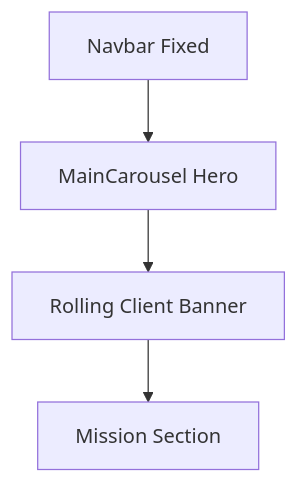
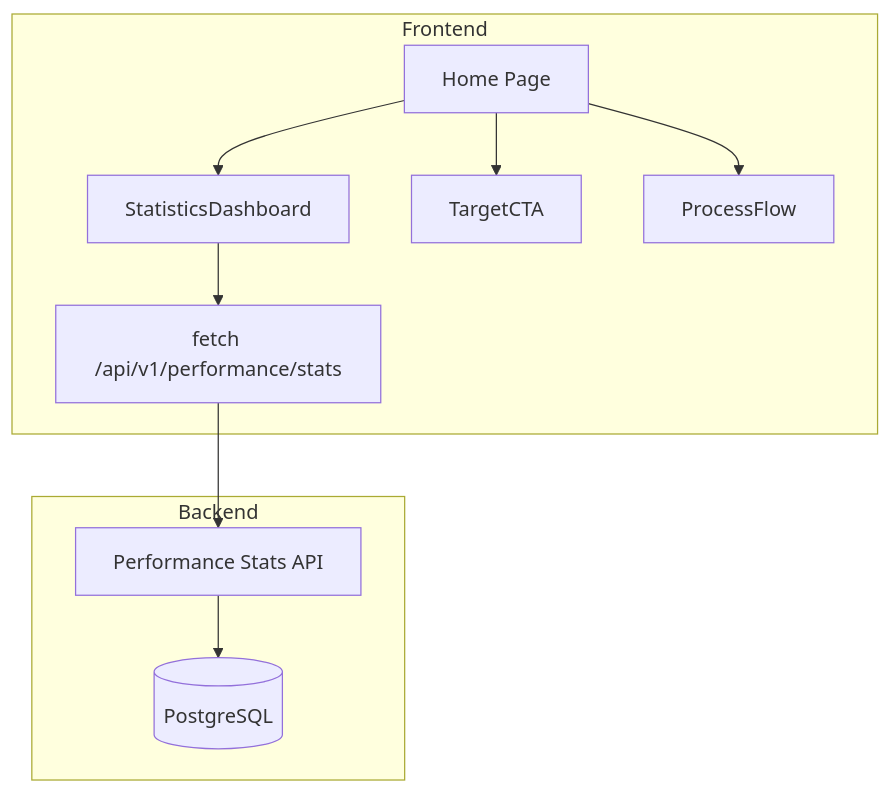
Before and after one commit to aohus/neuti-site: the diagram in conductor/docs/main_page_improvement_20260205/report.md, drawn with Mermaid. The commit also changed other lines of this file and 39 other files, not shown here.

Commit message:
fix: markdown parsing error and enhance home statistics dashboard

````diff
--- a/conductor/docs/main_page_improvement_20260205/report.md
+++ b/conductor/docs/main_page_improvement_20260205/report.md
@@ -7,6 +11,13 @@
 ```mermaid
 graph TD
-    Navbar[Navbar Fixed] --> MainCarousel[MainCarousel Hero]
-    MainCarousel --> ClientBanner[Rolling Client Banner]
-    ClientBanner --> MissionSection[Mission Section]
+    subgraph Frontend
+        Page[Home Page] --> Stats[StatisticsDashboard]
+        Page --> Target[TargetCTA]
+        Page --> Process[ProcessFlow]
+        Stats --> Fetch[fetch /api/v1/performance/stats]
+    end
+    subgraph Backend
+        Fetch --> API[Performance Stats API]
+        API --> DB[(PostgreSQL)]
+    end
 ```
````
